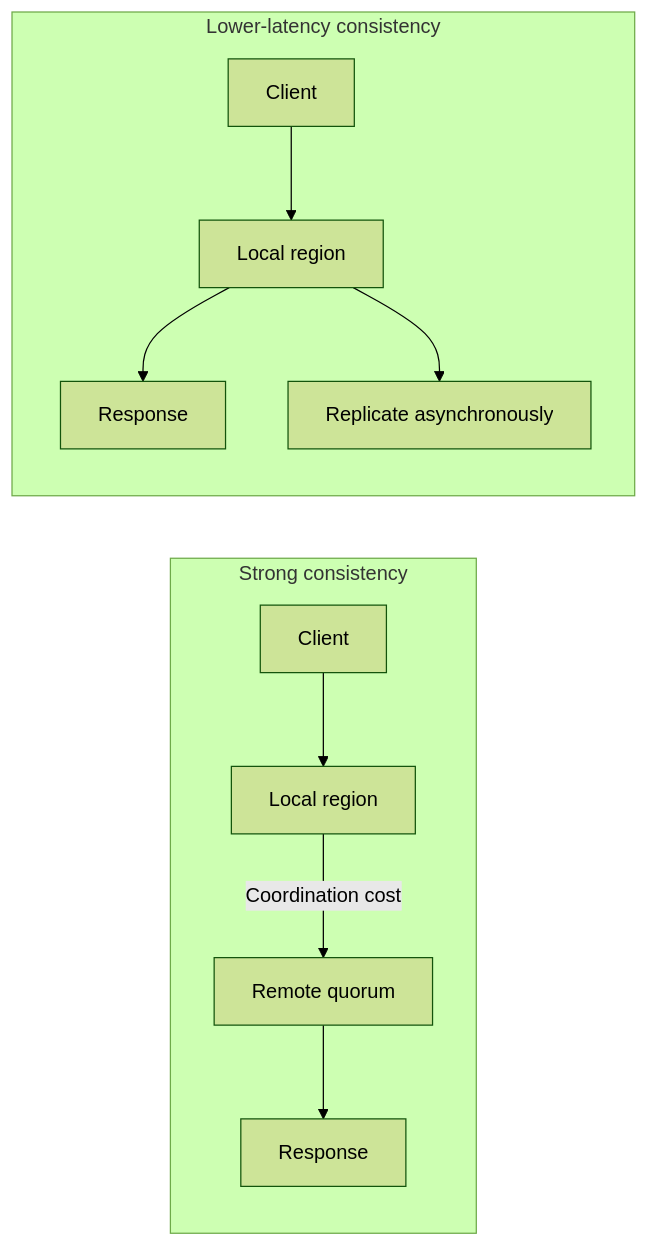
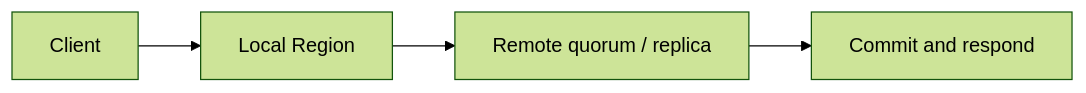
One commit to AvadhBhalodiya/Interview-Preparation changed the fifth of 9 diagrams in src/content/system-design/consistency-cap-retries.md. Above: the diagram before and after it, drawn with Mermaid (forest theme). The commit also changed other lines of this file and 54 other files, not shown here.

````diff
--- a/src/content/system-design/consistency-cap-retries.md
+++ b/src/content/system-design/consistency-cap-retries.md
@@ -417,14 +326,6 @@
 ```mermaid
 flowchart LR
-    subgraph STRONG[Strong consistency]
-        C1[Client] --> REG1[Local region]
-        REG1 -->|Coordination cost| QUORUM[Remote quorum]
-        QUORUM --> RESP1[Response]
-    end
-
-    subgraph FAST[Lower-latency consistency]
-        C2[Client] --> REG2[Local region]
-        REG2 --> RESP2[Response]
-        REG2 --> ASYNC[Replicate asynchronously]
-    end
+    C[Client] --> R1[Local Region]
+    R1 --> Q[Remote quorum / replica]
+    Q --> OK[Commit and respond]
 ```
````
